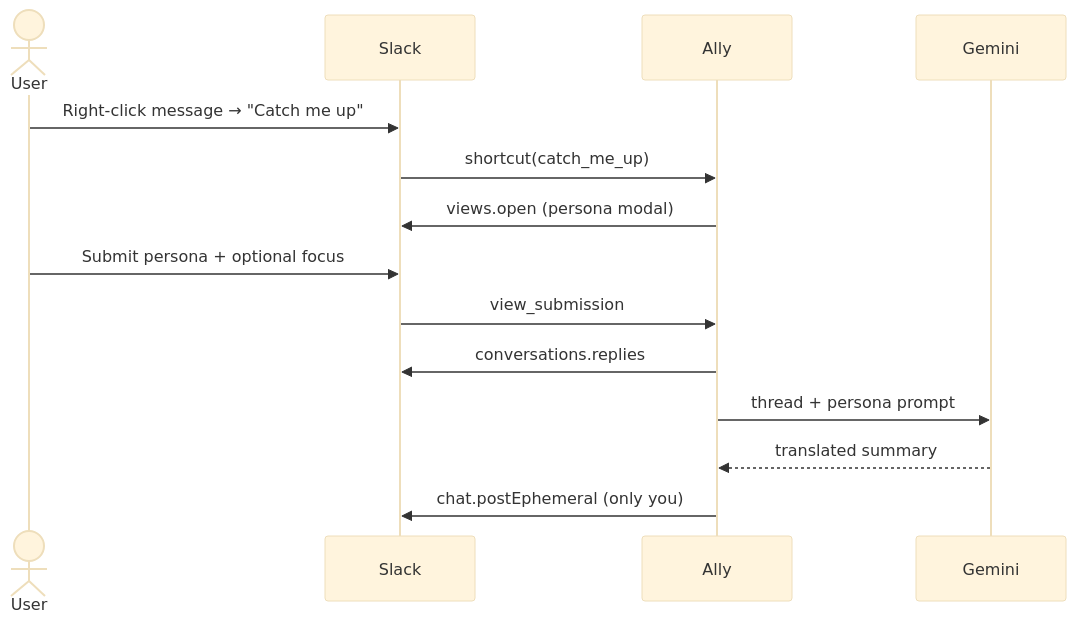
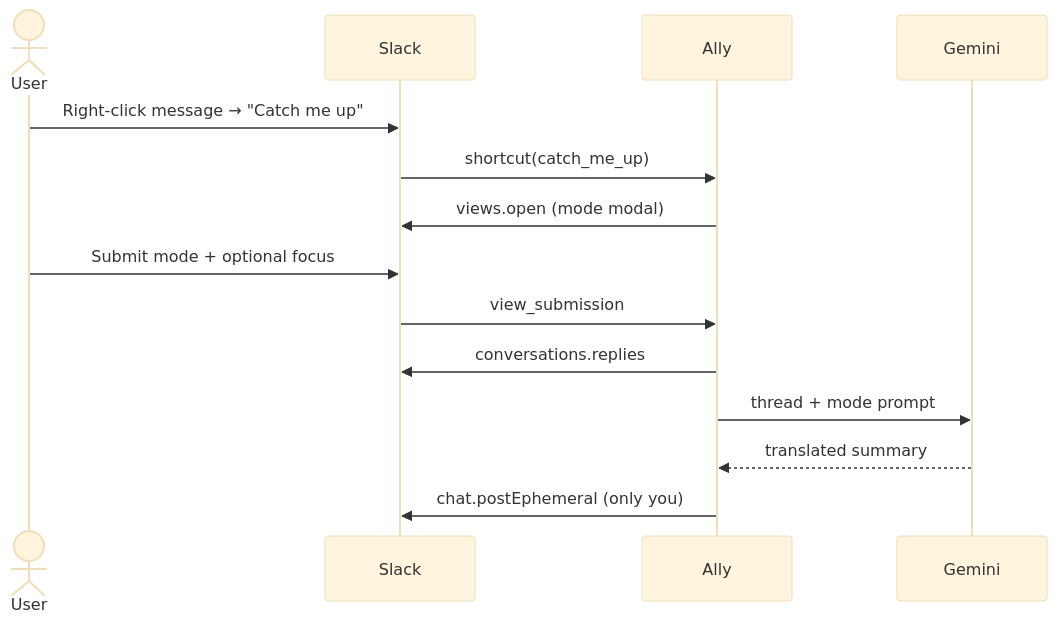
The second of 5 diagrams in README.md (faketut/AccessibilityAlly), drawn with Mermaid (base theme) before and after one commit. The commit also changed other lines of this file and 20 other files, not shown here.

First line of the commit message:
refactor: rename persona -> mode across the codebase

````diff
--- a/README.md
+++ b/README.md
@@ -80,17 +80,17 @@
 ```mermaid
 sequenceDiagram
   actor U as User
   participant S as Slack
   participant A as Ally
   participant G as Gemini
 
   U->>S: Right-click message → "Catch me up"
   S->>A: shortcut(catch_me_up)
-  A->>S: views.open (persona modal)
-  U->>S: Submit persona + optional focus
+  A->>S: views.open (mode modal)
+  U->>S: Submit mode + optional focus
   S->>A: view_submission
   A->>S: conversations.replies
-  A->>G: thread + persona prompt
+  A->>G: thread + mode prompt
   G-->>A: translated summary
   A->>S: chat.postEphemeral (only you)
 ```
````
